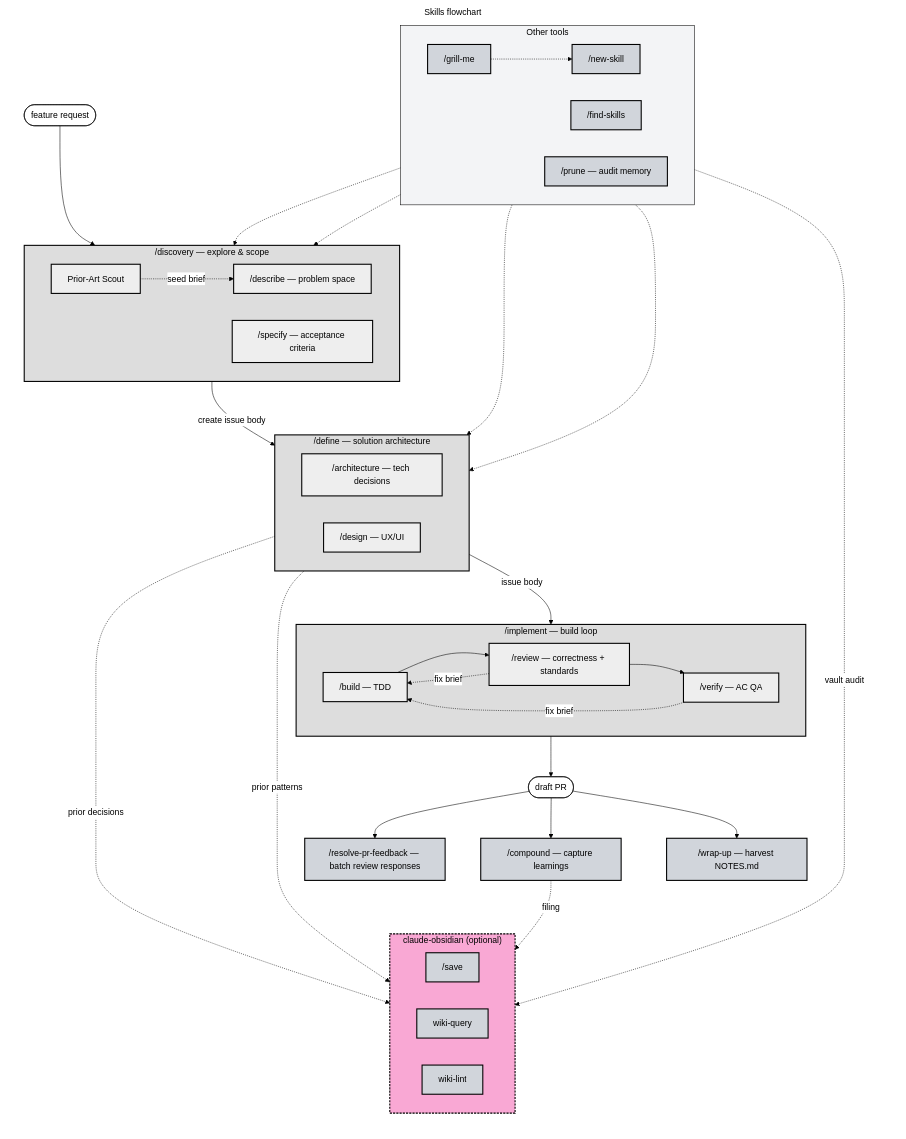
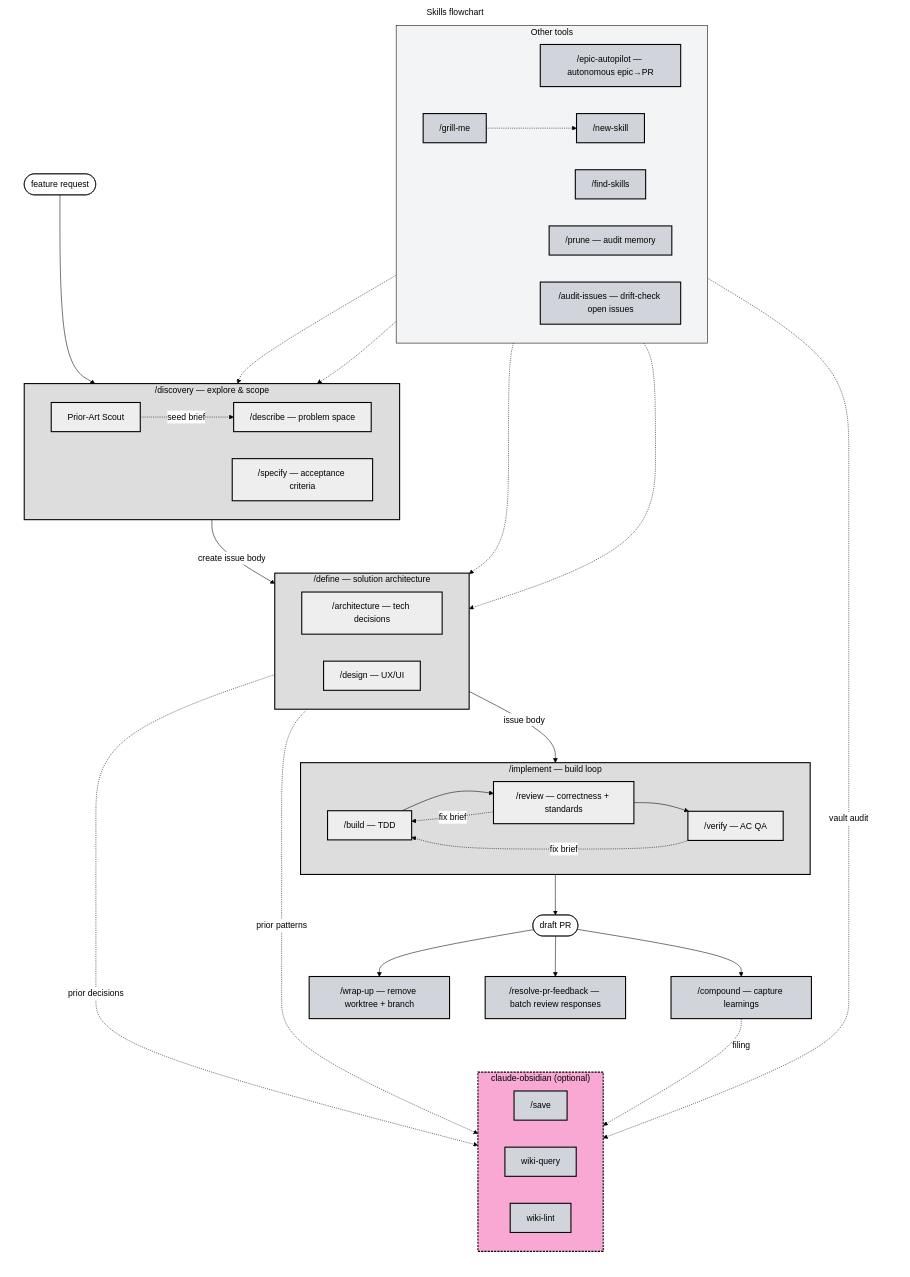
The diagram in README.md (misiekhardcore/claude-workflow), drawn with Mermaid before and after one commit. The commit also changed other lines of this file and 2 other files, not shown here.

First line of the commit message:
docs: refresh skill table, /wrap-up shape, and add CHANGELOG (#62)

````diff
--- a/README.md
+++ b/README.md
@@ -5,76 +5,78 @@
 ```mermaid
 %%{init: {'theme':'base', 'themeVariables': {'background':'#000','primaryColor':'#ffffff','primaryTextColor':'#000000','primaryBorderColor':'#000000','lineColor':'#000000','textColor':'#000000','titleColor':'#000000','clusterBkg':'#f3f4f6','clusterBorder':'#000000','edgeLabelBackground':'#ffffff'}}}%%
 flowchart TB
     subgraph Canvas["Skills flowchart"]
         direction TB
         Start([feature request]) --> Discovery
 
         subgraph Discovery["/discovery — explore & scope"]
             direction LR
             D_Describe["/describe — problem space"]
             D_Specify["/specify — acceptance criteria"]
             D_Scout["Prior-Art Scout"]
             D_Scout -.seed brief.-> D_Describe
         end
 
         subgraph Define["/define — solution architecture"]
             direction LR
             Df_Arch["/architecture — tech decisions"]
             Df_Design["/design — UX/UI"]
         end
 
         subgraph Implement["/implement — build loop"]
             direction LR
             I_Build["/build — TDD"]
             I_Review["/review — correctness + standards"]
             I_Verify["/verify — AC QA"]
             I_Build --> I_Review --> I_Verify
             I_Verify -.fix brief.-> I_Build
             I_Review -.fix brief.-> I_Build
         end
 
         Discovery -->|create issue body| Define
         Define -->|issue body| Implement
         Implement --> PR([draft PR])
-        PR --> WrapUp["/wrap-up — harvest NOTES.md"]
         PR --> Compound["/compound — capture learnings"]
         PR --> ResolvePR["/resolve-pr-feedback — batch review responses"]
+        PR --> WrapUp["/wrap-up — remove worktree + branch"]
 
         subgraph Meta["Other tools"]
             direction LR
+            EpicAutopilot["/epic-autopilot — autonomous epic→PR"]
             NewSkill["/new-skill"]
             FindSkills["/find-skills"]
             Prune["/prune — audit memory"]
+            AuditIssues["/audit-issues — drift-check open issues"]
             GrillMe["/grill-me"]
         end
 
         GrillMe -.-> D_Describe
         GrillMe -.-> D_Specify
         GrillMe -.-> Df_Arch
         GrillMe -.-> Df_Design
         GrillMe -.-> NewSkill
 
         subgraph Obsidian["claude-obsidian (optional)"]
             direction LR
             Save["/save"]
             WikiQuery["wiki-query"]
             WikiLint["wiki-lint"]
         end
         Compound -. filing .-> Save
         Df_Arch -. prior patterns .-> WikiQuery
         Define -. prior decisions .-> WikiQuery
         Prune -. vault audit .-> WikiLint
     end
 
     classDef canvas fill:#ffffff,stroke:#ffffff,color:#000000
     classDef orch fill:#dddddd,stroke:#000000,stroke-width:2px,color:#000000
     classDef spec fill:#eeeeee,stroke:#000000,stroke-width:2px,color:#000000
     classDef prim fill:#a5b4fc,stroke:#000000,stroke-width:2px,color:#000000
     classDef meta fill:#d1d5db,stroke:#000000,stroke-width:2px,color:#000000
     classDef ext  fill:#f9a8d4,stroke:#000000,stroke-width:2px,stroke-dasharray:4 2,color:#000000
     class Canvas canvas
     class Discovery,Define,Implement orch
     class D_Describe,D_Specify,D_Scout,Df_Arch,Df_Design,I_Build,I_Review,I_Verify spec
-    class GrillMe,NewSkill,FindSkills,Prune,WrapUp,Compound,ResolvePR,Save,WikiQuery,WikiLint meta
+    class GrillMe,NewSkill,FindSkills,Prune,AuditIssues,WrapUp,Compound,ResolvePR,EpicAutopilot,Save,WikiQuery,WikiLint meta
     class Obsidian ext
 ```
````
